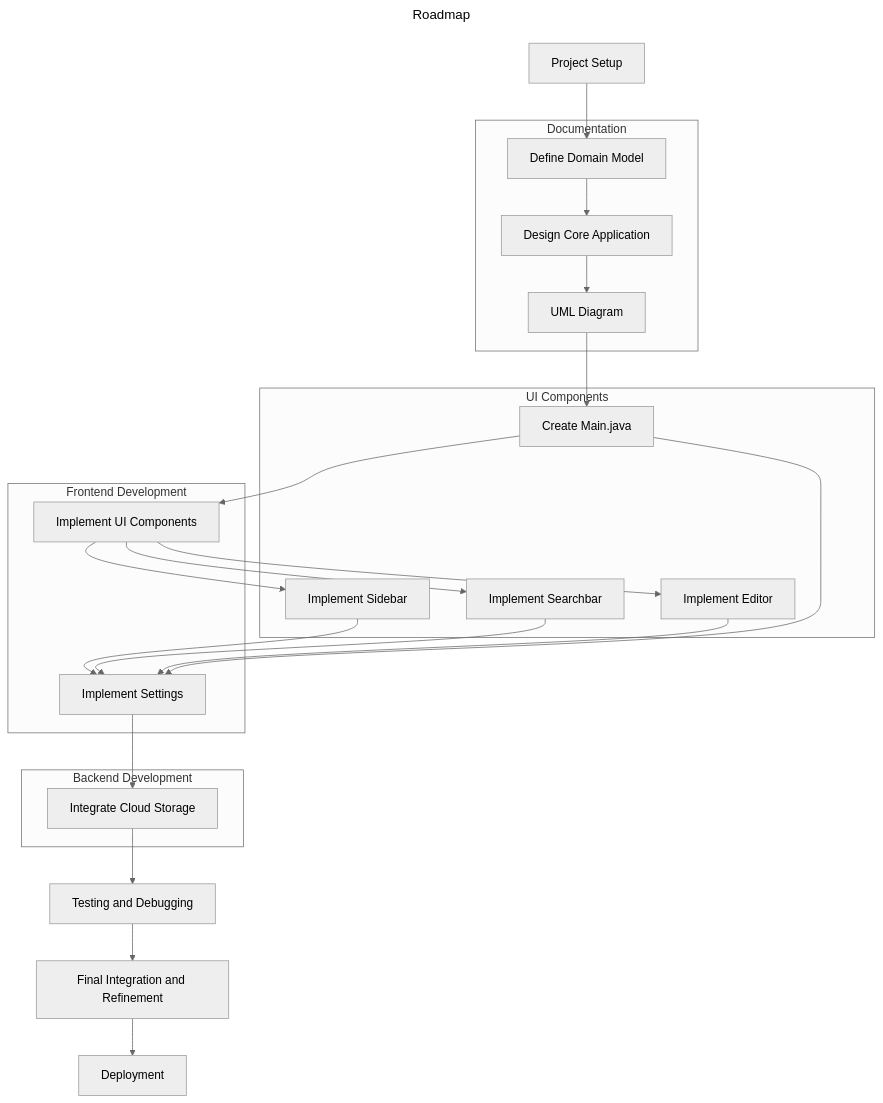
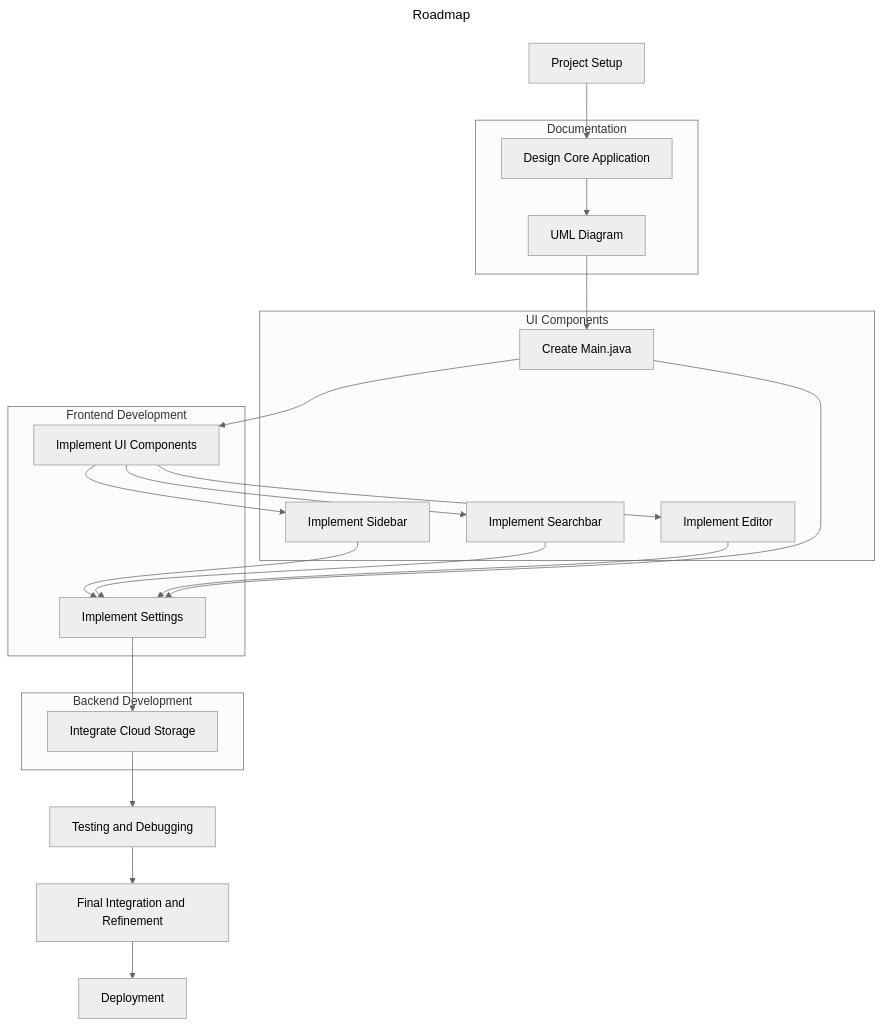
Before and after one commit to ambrocioreg/2425-2nd-cc3-1b-project-RAM: the diagram in AmorNotes/wiki/Roadmap.md, drawn with Mermaid (neutral theme).

````diff
--- a/AmorNotes/wiki/Roadmap.md
+++ b/AmorNotes/wiki/Roadmap.md
@@ -1,54 +1,52 @@
 ``` mermaid
 ---
 title: Roadmap
 ---
 flowchart
     %% Documentation
-    A[Project Setup] --> B[Define Domain Model]
-    B --> C[Design Core Application]
+    A[Project Setup] --> C[Design Core Application]
     C --> C1[UML Diagram]
 
     %% UI Development
     C1 --> M[Create Main.java]
     M --> D[Implement UI Components]
     D --> E1[Implement Sidebar]
     D --> E2[Implement Searchbar]
     D --> E3[Implement Editor]
 
     %% Frontend Development
     E1 --> F[Implement Settings]
     E2 --> F
     E3 --> F
     M --> F
 
     %% Backend Development
     F --> G[Integrate Cloud Storage]
 
     %% Integration and Testing
     G --> H[Testing and Debugging]
     H --> I[Final Integration and Refinement]
     I --> J[Deployment]
 
     %% Grouping
     subgraph Documentation [Documentation]
-        B
         C
         C1
     end
 
     subgraph UI [UI Components]
         M
         E1
         E2
         E3
     end
 
     subgraph Frontend [Frontend Development]
         D
         F
     end
 
     subgraph Backend [Backend Development]
         G
     end
 ```
````
